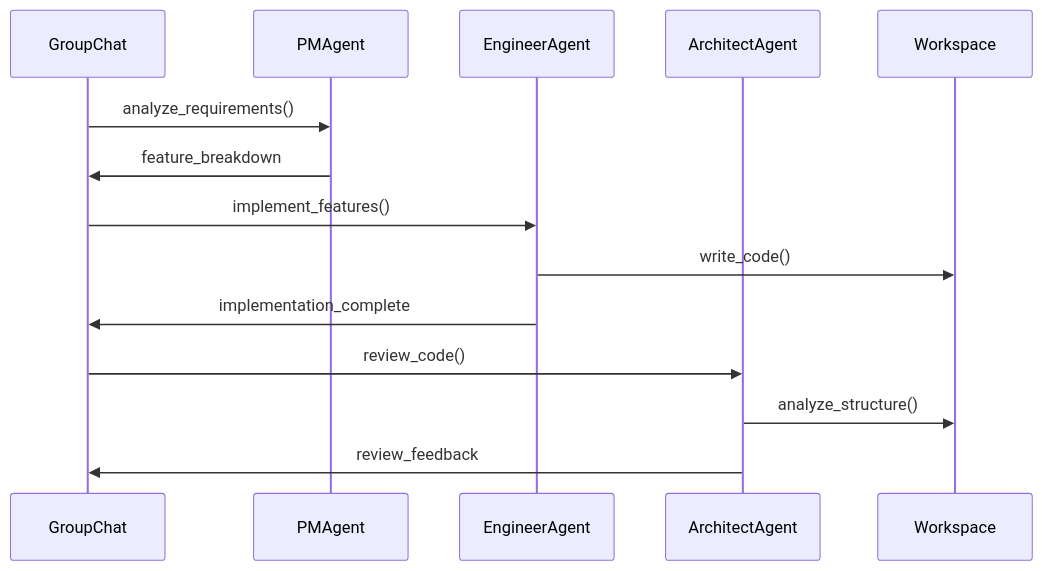
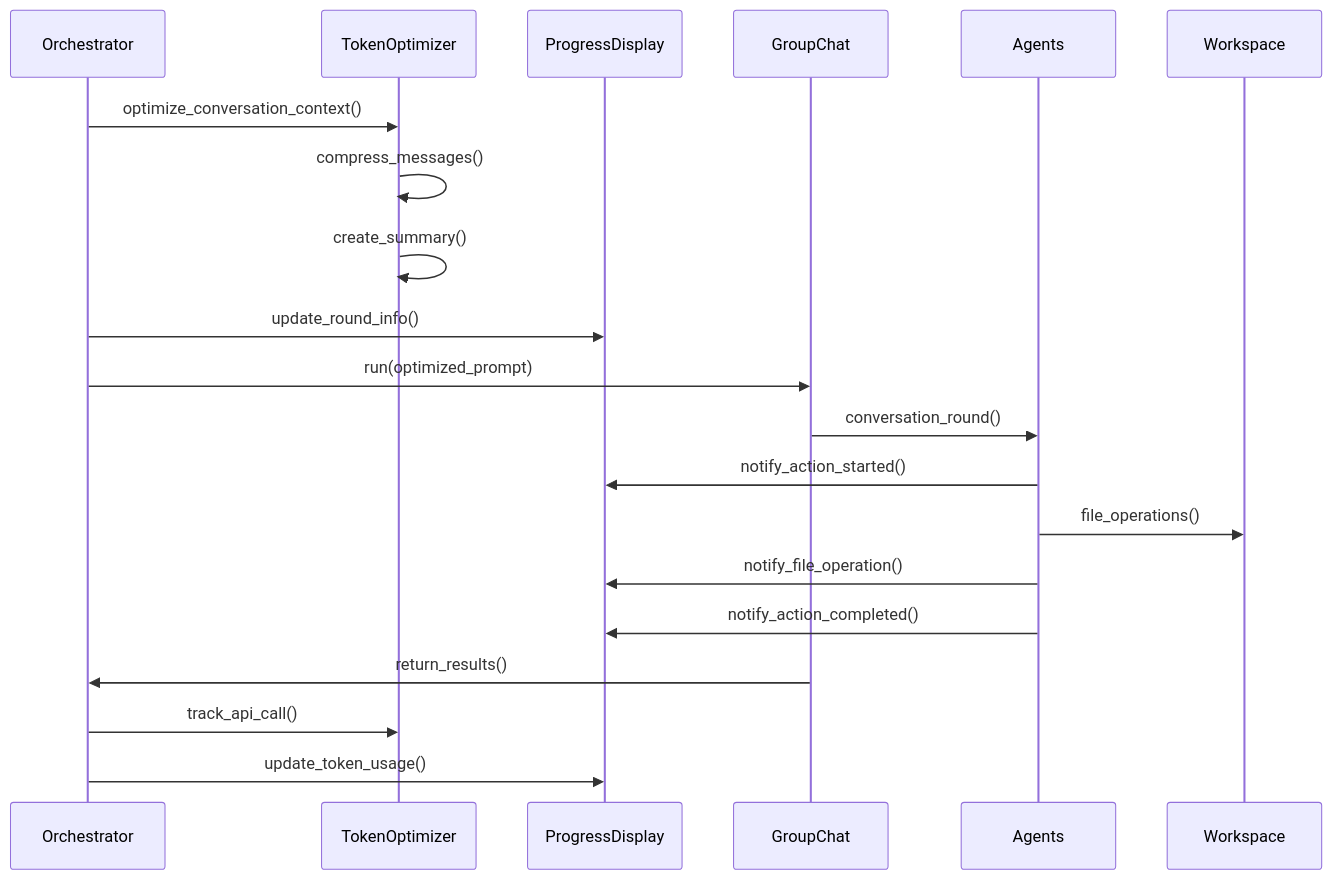
Before and after one commit to Dryspell/AutoSquad: the second of 3 diagrams in ARCHITECTURE.md, drawn with Mermaid. The commit also changed other lines of this file and 13 other files, not shown here.

````diff
--- a/ARCHITECTURE.md
+++ b/ARCHITECTURE.md
@@ -163,17 +201,23 @@
 ```mermaid
 sequenceDiagram
+    participant Orchestrator
+    participant TokenOptimizer
+    participant ProgressDisplay
     participant GroupChat
-    participant PMAgent
-    participant EngineerAgent
-    participant ArchitectAgent
+    participant Agents
     participant Workspace
     
-    GroupChat->>PMAgent: analyze_requirements()
-    PMAgent->>GroupChat: feature_breakdown
-    GroupChat->>EngineerAgent: implement_features()
-    EngineerAgent->>Workspace: write_code()
-    EngineerAgent->>GroupChat: implementation_complete
-    GroupChat->>ArchitectAgent: review_code()
-    ArchitectAgent->>Workspace: analyze_structure()
-    ArchitectAgent->>GroupChat: review_feedback
+    Orchestrator->>TokenOptimizer: optimize_conversation_context()
+    TokenOptimizer->>TokenOptimizer: compress_messages()
+    TokenOptimizer->>TokenOptimizer: create_summary()
+    Orchestrator->>ProgressDisplay: update_round_info()
+    Orchestrator->>GroupChat: run(optimized_prompt)
+    GroupChat->>Agents: conversation_round()
+    Agents->>ProgressDisplay: notify_action_started()
+    Agents->>Workspace: file_operations()
+    Agents->>ProgressDisplay: notify_file_operation()
+    Agents->>ProgressDisplay: notify_action_completed()
+    GroupChat->>Orchestrator: return_results()
+    Orchestrator->>TokenOptimizer: track_api_call()
+    Orchestrator->>ProgressDisplay: update_token_usage()
 ```
````
